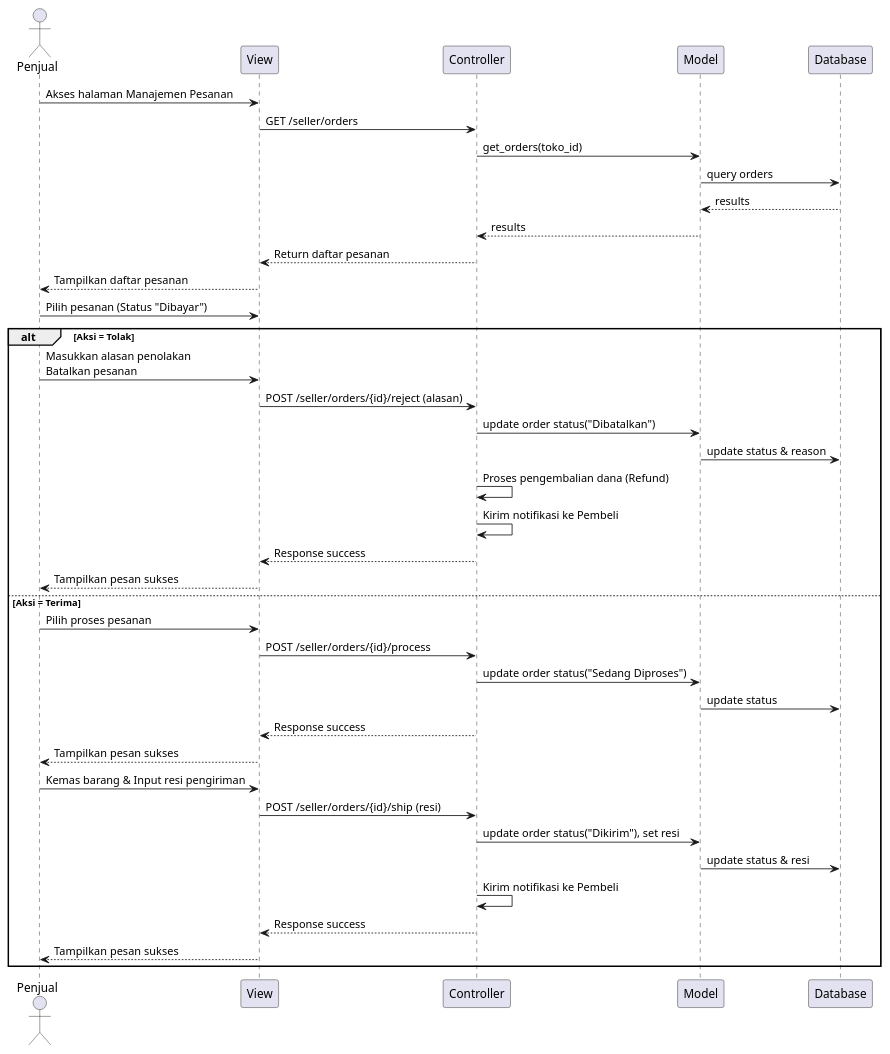
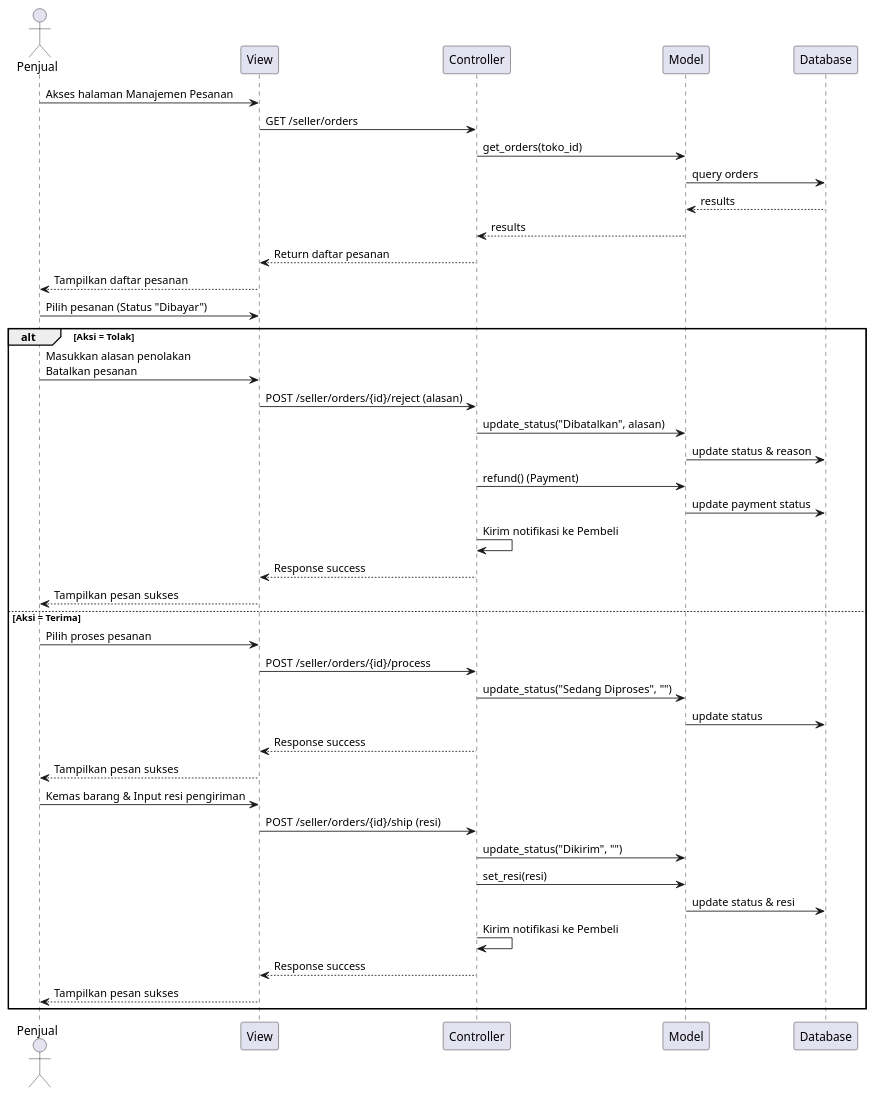
Before and after one commit to GitSyah111/toko-umkm-app: the diagram in docs/uml/sequence-processorder.puml, drawn with PlantUML. The commit also changed 35 other files, not shown here.

First line of the commit message:
feat: add database schema, seeders, and wishlist entity

```diff
--- a/docs/uml/sequence-processorder.puml
+++ b/docs/uml/sequence-processorder.puml
@@ -1,44 +1,46 @@
 @startuml
 actor Penjual
 participant View
 participant Controller
 participant Model
 participant Database
 
 Penjual -> View : Akses halaman Manajemen Pesanan
 View -> Controller : GET /seller/orders
 Controller -> Model : get_orders(toko_id)
 Model -> Database : query orders
 Database --> Model : results
 Model --> Controller : results
 Controller --> View : Return daftar pesanan
 View --> Penjual : Tampilkan daftar pesanan
 
 Penjual -> View : Pilih pesanan (Status "Dibayar")
 
 alt Aksi = Tolak
     Penjual -> View : Masukkan alasan penolakan\nBatalkan pesanan
     View -> Controller : POST /seller/orders/{id}/reject (alasan)
-    Controller -> Model : update order status("Dibatalkan")
+    Controller -> Model : update_status("Dibatalkan", alasan)
     Model -> Database : update status & reason
-    Controller -> Controller : Proses pengembalian dana (Refund)
+    Controller -> Model : refund() (Payment)
+    Model -> Database : update payment status
     Controller -> Controller : Kirim notifikasi ke Pembeli
     Controller --> View : Response success
     View --> Penjual : Tampilkan pesan sukses
 else Aksi = Terima
     Penjual -> View : Pilih proses pesanan
     View -> Controller : POST /seller/orders/{id}/process
-    Controller -> Model : update order status("Sedang Diproses")
+    Controller -> Model : update_status("Sedang Diproses", "")
     Model -> Database : update status
     Controller --> View : Response success
     View --> Penjual : Tampilkan pesan sukses
 
     Penjual -> View : Kemas barang & Input resi pengiriman
     View -> Controller : POST /seller/orders/{id}/ship (resi)
-    Controller -> Model : update order status("Dikirim"), set resi
+    Controller -> Model : update_status("Dikirim", "")
+    Controller -> Model : set_resi(resi)
     Model -> Database : update status & resi
     Controller -> Controller : Kirim notifikasi ke Pembeli
     Controller --> View : Response success
     View --> Penjual : Tampilkan pesan sukses
 end
 @enduml
```
